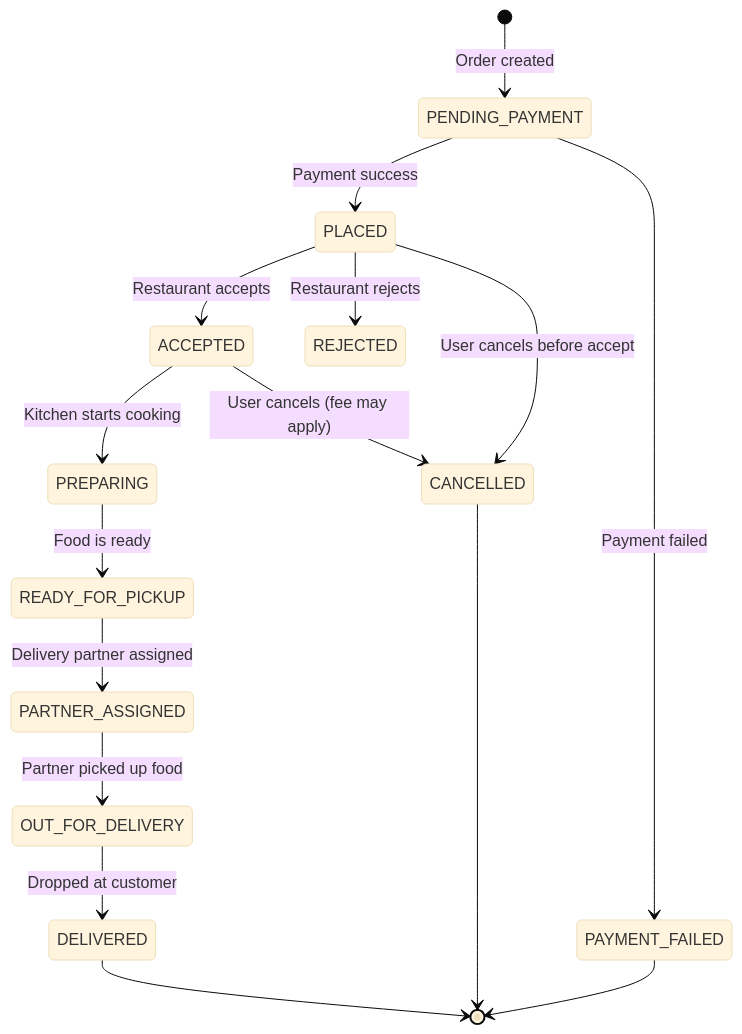
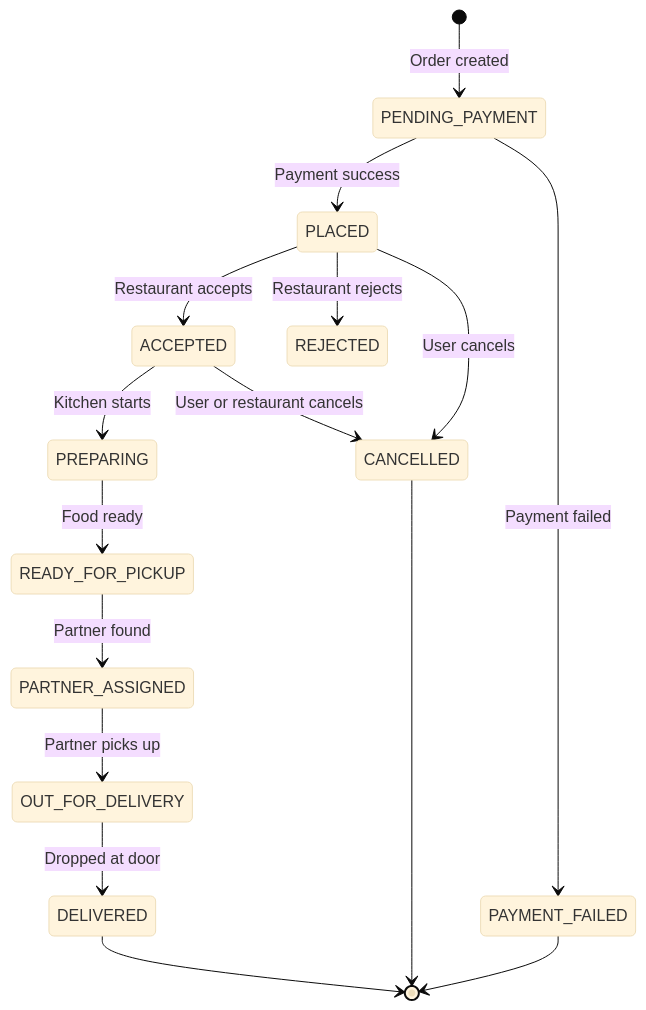
One commit to gajwala/DSA-Topic-wise changed the fifth of 8 diagrams in SYSTEM_DESIGN/Food Delivery System.md. Above: the diagram before and after it, drawn with Mermaid (base theme). The commit also changed other lines of this file, not shown here.

Commit message:
Update Food Delivery System.md

````diff
--- a/SYSTEM_DESIGN/Food Delivery System.md
+++ b/SYSTEM_DESIGN/Food Delivery System.md
@@ -232,18 +220,18 @@
 ```mermaid
 stateDiagram-v2
     [*] --> PENDING_PAYMENT : Order created
     PENDING_PAYMENT --> PLACED : Payment success
     PENDING_PAYMENT --> PAYMENT_FAILED : Payment failed
     PLACED --> ACCEPTED : Restaurant accepts
     PLACED --> REJECTED : Restaurant rejects
-    ACCEPTED --> PREPARING : Kitchen starts cooking
-    PREPARING --> READY_FOR_PICKUP : Food is ready
-    READY_FOR_PICKUP --> PARTNER_ASSIGNED : Delivery partner assigned
-    PARTNER_ASSIGNED --> OUT_FOR_DELIVERY : Partner picked up food
-    OUT_FOR_DELIVERY --> DELIVERED : Dropped at customer
-    PLACED --> CANCELLED : User cancels before accept
-    ACCEPTED --> CANCELLED : User cancels (fee may apply)
+    ACCEPTED --> PREPARING : Kitchen starts
+    PREPARING --> READY_FOR_PICKUP : Food ready
+    READY_FOR_PICKUP --> PARTNER_ASSIGNED : Partner found
+    PARTNER_ASSIGNED --> OUT_FOR_DELIVERY : Partner picks up
+    OUT_FOR_DELIVERY --> DELIVERED : Dropped at door
+    PLACED --> CANCELLED : User cancels
+    ACCEPTED --> CANCELLED : User or restaurant cancels
     DELIVERED --> [*]
     CANCELLED --> [*]
     PAYMENT_FAILED --> [*]
 ```
````
